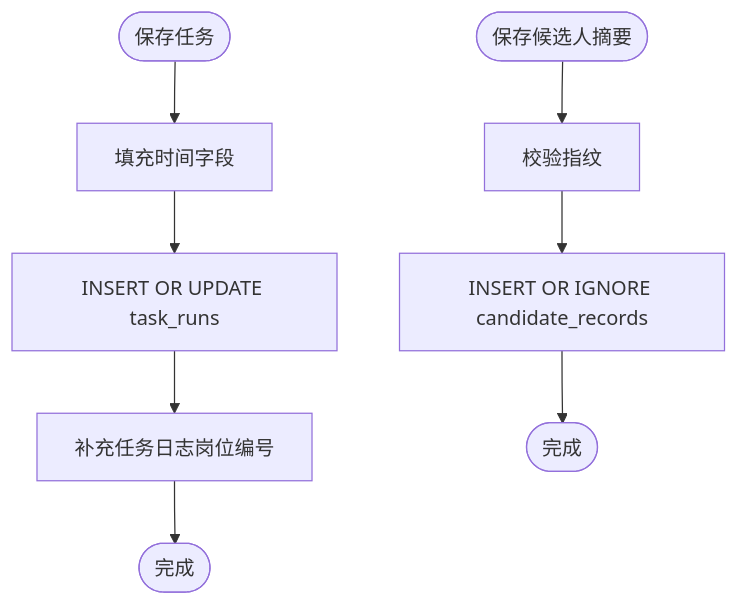
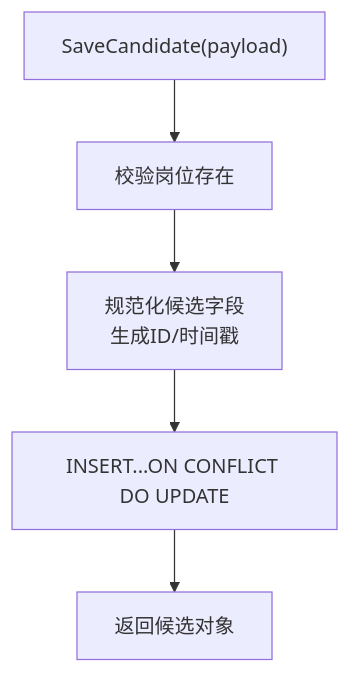
Before and after one commit to alvinwangzi/goodhr: the fifth of 10 diagrams in .qoder/repowiki/zh/content/系统架构/本地Agent架构/数据存储层.md, drawn with Mermaid. The commit also changed other lines of this file and 149 other files, not shown here.

````diff
--- a/.qoder/repowiki/zh/content/系统架构/本地Agent架构/数据存储层.md
+++ b/.qoder/repowiki/zh/content/系统架构/本地Agent架构/数据存储层.md
@@ -138,10 +243,7 @@
 ```mermaid
 flowchart TD
-Start(["保存任务"]) --> CheckTime["填充时间字段"]
-CheckTime --> Upsert["INSERT OR UPDATE task_runs"]
-Upsert --> AttachLogs["补充任务日志岗位编号"]
-AttachLogs --> End(["完成"])
-Start2(["保存候选人摘要"]) --> ValidateFP["校验指纹"]
-ValidateFP --> InsertCR["INSERT OR IGNORE candidate_records"]
-InsertCR --> End2(["完成"])
+In["SaveCandidate(payload)"] --> Validate["校验岗位存在"]
+Validate --> Normalize["规范化候选字段<br/>生成ID/时间戳"]
+Normalize --> Upsert["INSERT...ON CONFLICT DO UPDATE"]
+Upsert --> Out["返回候选对象"]
 ```
````
